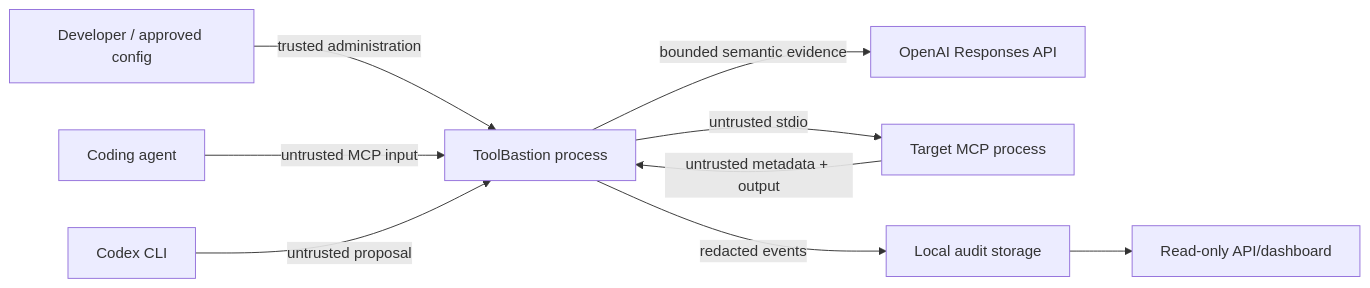
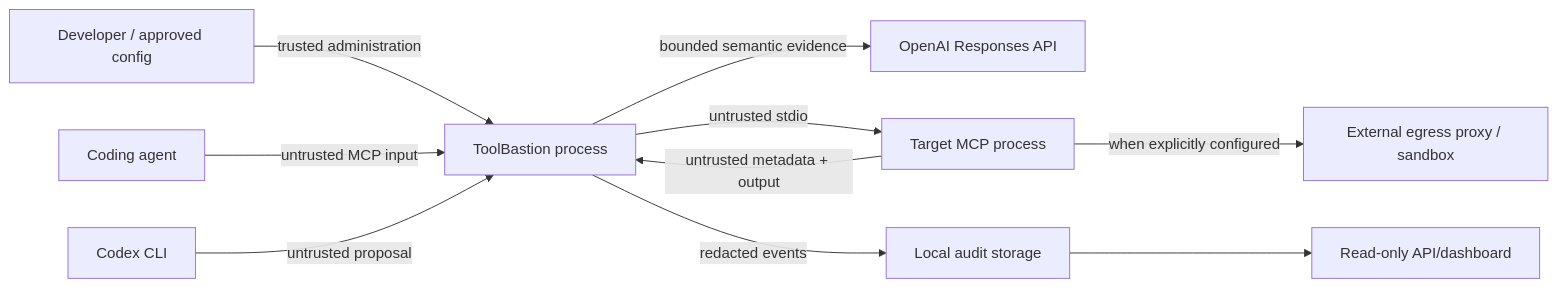
One commit to MaharMuavia/toolbastion changed the diagram in SECURITY_ASSUMPTIONS.md. Above: the diagram before and after it, drawn with Mermaid. The commit also changed other lines of this file and 66 other files, not shown here.

````diff
--- a/SECURITY_ASSUMPTIONS.md
+++ b/SECURITY_ASSUMPTIONS.md
@@ -11,11 +11,12 @@
 ```mermaid
 flowchart LR
   U["Developer / approved config"] -->|trusted administration| W["ToolBastion process"]
   A["Coding agent"] -->|untrusted MCP input| W
   W -->|bounded semantic evidence| G["OpenAI Responses API"]
   W -->|untrusted stdio| T["Target MCP process"]
+  T -->|when explicitly configured| E["External egress proxy / sandbox"]
   T -->|untrusted metadata + output| W
   W -->|redacted events| L["Local audit storage"]
   L --> D["Read-only API/dashboard"]
   C["Codex CLI"] -->|untrusted proposal| W
 ```
````
